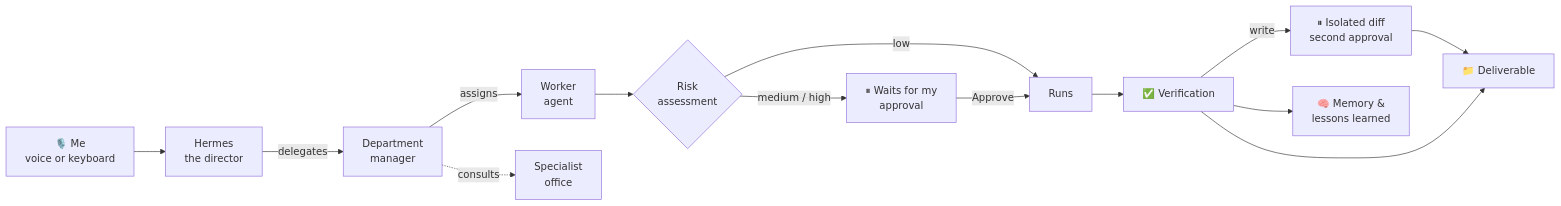
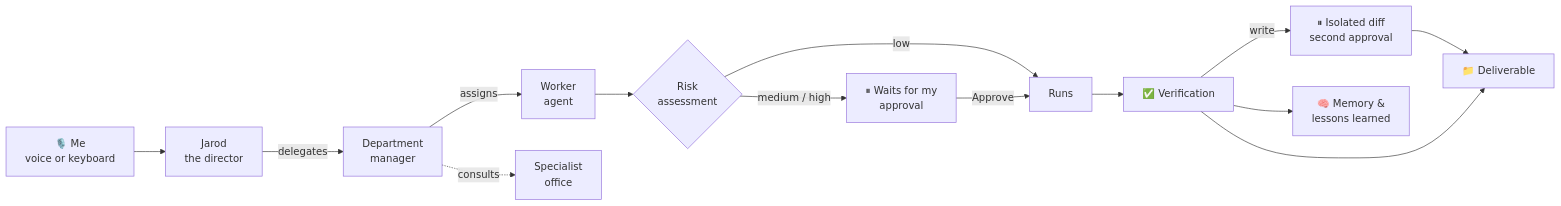
Before and after one commit to Dow08/OS-Agentique_showcase: the first of 3 diagrams in README.md, drawn with Mermaid. The commit also changed other lines of this file and 45 other files, not shown here.

````diff
--- a/README.md
+++ b/README.md
@@ -57,16 +57,16 @@
 ```mermaid
 flowchart LR
-    A["🎙️ Me<br/>voice or keyboard"] --> B["Hermes<br/>the director"]
+    A["🎙️ Me<br/>voice or keyboard"] --> B["Jarod<br/>the director"]
     B -->|delegates| C["Department<br/>manager"]
     C -->|assigns| D["Worker<br/>agent"]
     C -.->|consults| S["Specialist<br/>office"]
     D --> E{"Risk<br/>assessment"}
     E -->|low| F["Runs"]
     E -->|medium / high| G["⏸ Waits for my<br/>approval"]
     G -->|Approve| F
     F --> H["✅ Verification"]
     H -->|write| H2["⏸ Isolated diff<br/>second approval"]
     H2 --> I
     H --> I["📁 Deliverable"]
     H --> J["🧠 Memory &<br/>lessons learned"]
 ```
````
